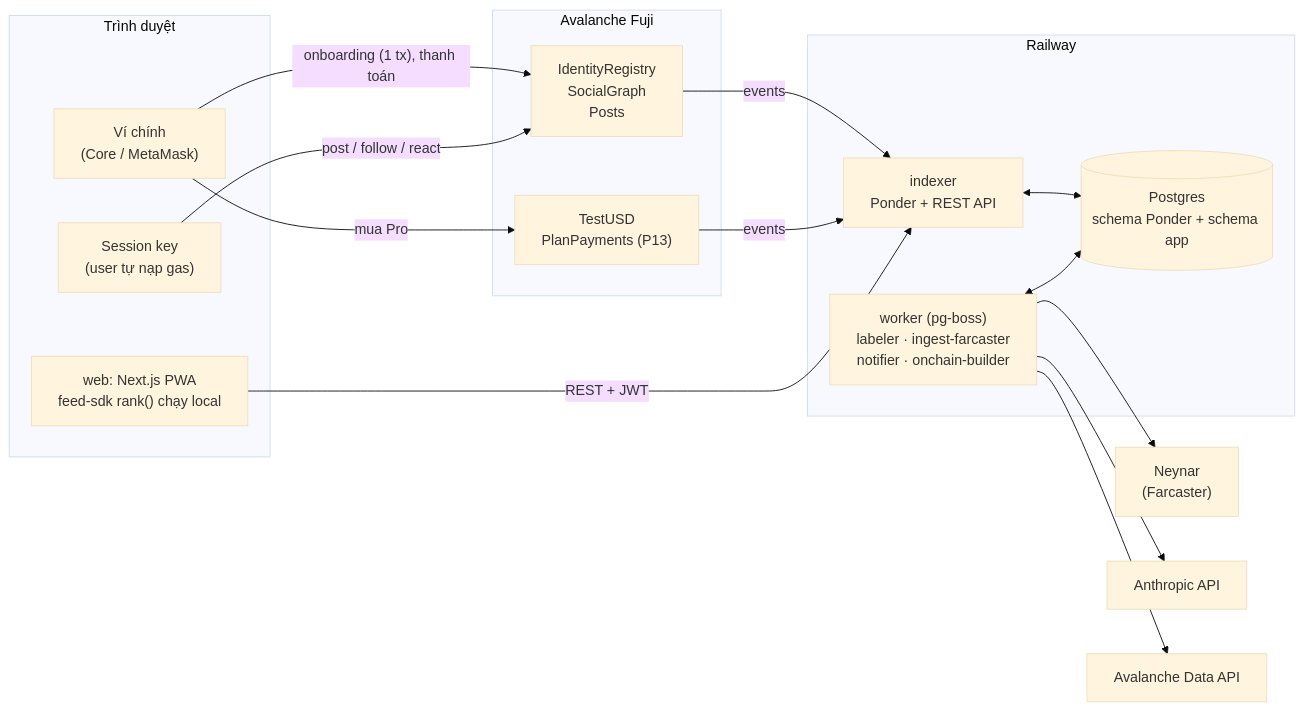
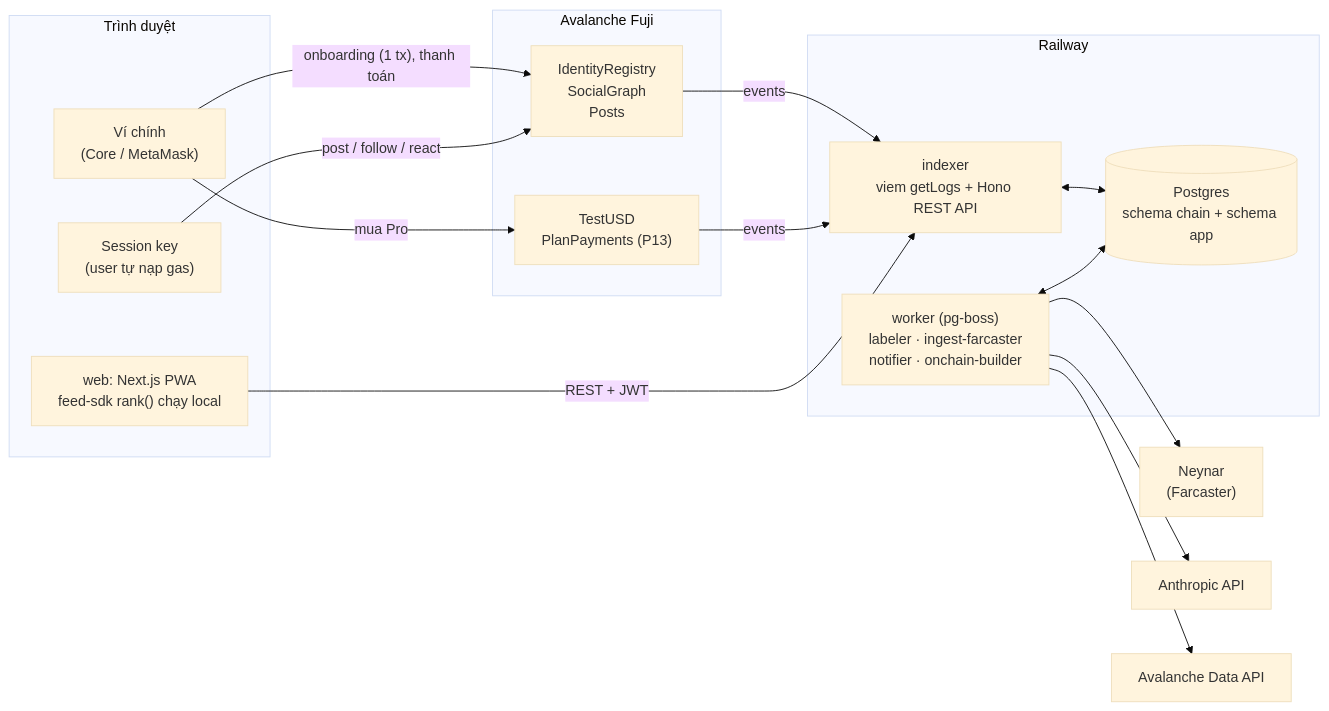
The first of 3 diagrams in docs/ARCHITECTURE.md (tuantqse90/team1vn-socialonchain), drawn with Mermaid (base theme) before and after one commit. The commit also changed other lines of this file and 11 other files, not shown here.

````diff
--- a/docs/ARCHITECTURE.md
+++ b/docs/ARCHITECTURE.md
@@ -15,32 +15,32 @@
 ```mermaid
 flowchart LR
   subgraph Browser["Trình duyệt"]
     WEB["web: Next.js PWA<br/>feed-sdk rank() chạy local"]
     OW["Ví chính<br/>(Core / MetaMask)"]
     SK["Session key<br/>(user tự nạp gas)"]
   end
   subgraph Fuji["Avalanche Fuji"]
     CORE["IdentityRegistry<br/>SocialGraph<br/>Posts"]
     PAY["TestUSD<br/>PlanPayments (P13)"]
   end
   subgraph Railway["Railway"]
-    IDX["indexer<br/>Ponder + REST API"]
+    IDX["indexer<br/>viem getLogs + Hono REST API"]
     WRK["worker (pg-boss)<br/>labeler · ingest-farcaster<br/>notifier · onchain-builder"]
-    PG[("Postgres<br/>schema Ponder + schema app")]
+    PG[("Postgres<br/>schema chain + schema app")]
   end
   NEY["Neynar<br/>(Farcaster)"]
   ANT["Anthropic API"]
   ADA["Avalanche Data API"]
 
   OW -- "onboarding (1 tx), thanh toán" --> CORE
   OW -- "mua Pro" --> PAY
   SK -- "post / follow / react" --> CORE
   CORE -- "events" --> IDX
   PAY -- "events" --> IDX
   IDX <--> PG
   WRK <--> PG
   WRK --> NEY
   WRK --> ANT
   WRK --> ADA
   WEB -- "REST + JWT" --> IDX
 ```
````
